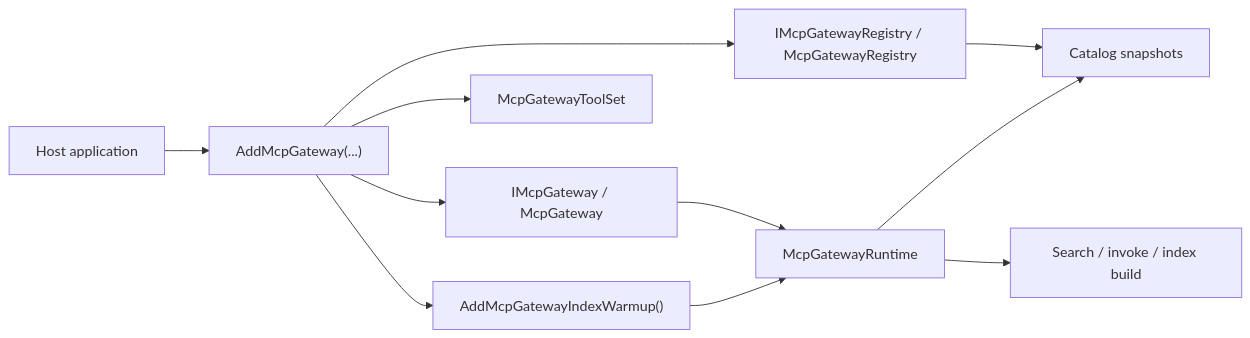
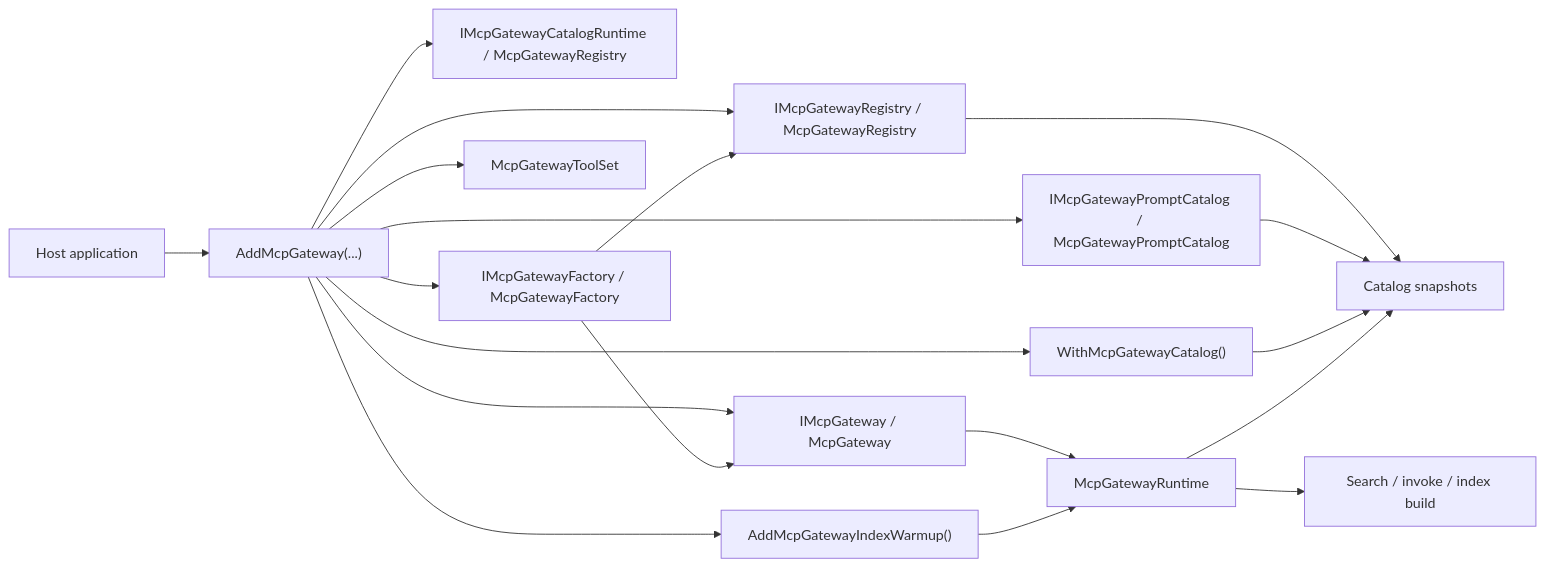
The diagram in docs/ADR/ADR-0001-runtime-boundaries-and-index-lifecycle.md (managedcode/MCPGateway), drawn with Mermaid before and after one commit. The commit also changed other lines of this file and 30 other files, not shown here.

````diff
--- a/docs/ADR/ADR-0001-runtime-boundaries-and-index-lifecycle.md
+++ b/docs/ADR/ADR-0001-runtime-boundaries-and-index-lifecycle.md
@@ -23,13 +27,21 @@
 ```mermaid
 flowchart LR
     Host["Host application"] --> DI["AddMcpGateway(...)"]
     DI --> Gateway["IMcpGateway / McpGateway"]
     DI --> Registry["IMcpGatewayRegistry / McpGatewayRegistry"]
+    DI --> CatalogRuntime["IMcpGatewayCatalogRuntime / McpGatewayRegistry"]
+    DI --> PromptCatalog["IMcpGatewayPromptCatalog / McpGatewayPromptCatalog"]
+    DI --> Factory["IMcpGatewayFactory / McpGatewayFactory"]
     DI --> ToolSet["McpGatewayToolSet"]
+    DI --> McpServerExport["WithMcpGatewayCatalog()"]
     DI --> Warmup["AddMcpGatewayIndexWarmup()"]
+    Factory --> Gateway
+    Factory --> Registry
     Gateway --> Runtime["McpGatewayRuntime"]
     Registry --> Snapshot["Catalog snapshots"]
+    PromptCatalog --> Snapshot
+    McpServerExport --> Snapshot
     Runtime --> Snapshot
     Warmup --> Runtime
     Runtime --> Search["Search / invoke / index build"]
 ```
````
